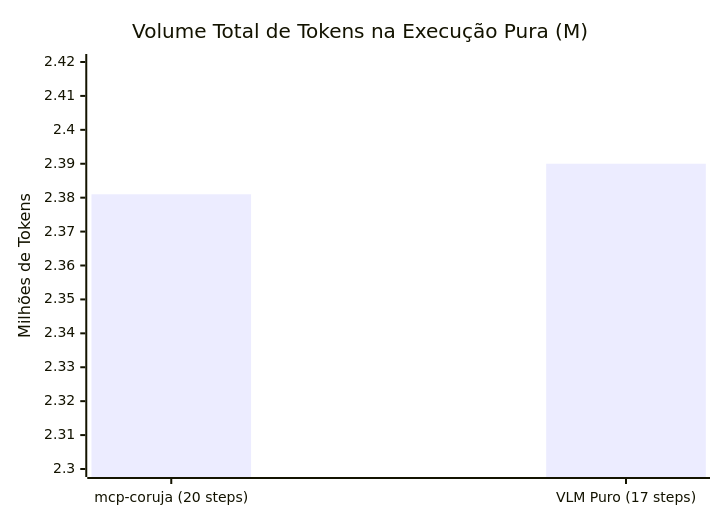
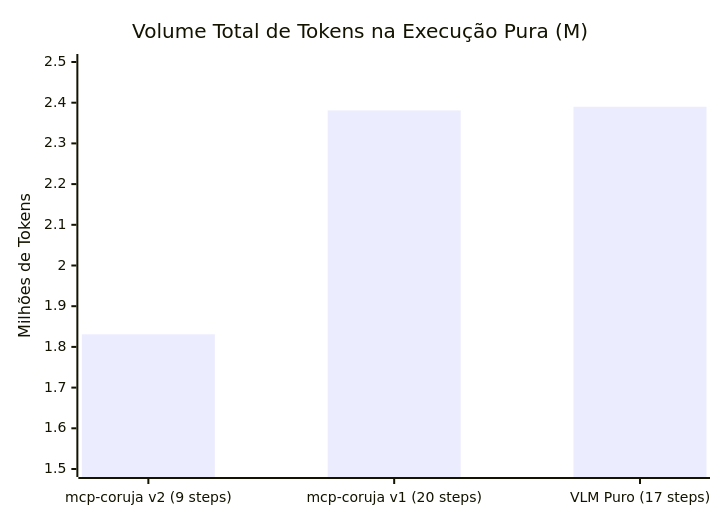
One commit to LucasEBRTIA/mcp-coruja changed the third of 6 diagrams in BENCHMARK.md. Above: the diagram before and after it, drawn with Mermaid. The commit also changed other lines of this file, not shown here.

````diff
--- a/BENCHMARK.md
+++ b/BENCHMARK.md
@@ -109,7 +109,7 @@
 ```mermaid
 xychart-beta
     title "Volume Total de Tokens na Execução Pura (M)"
-    x-axis ["mcp-coruja (20 steps)", "VLM Puro (17 steps)"]
-    y-axis "Milhões de Tokens" 2.30 --> 2.42
-    bar [2.381, 2.390]
+    x-axis ["mcp-coruja v2 (9 steps)", "mcp-coruja v1 (20 steps)", "VLM Puro (17 steps)"]
+    y-axis "Milhões de Tokens" 1.50 --> 2.50
+    bar [1.831, 2.381, 2.390]
 ```
````
